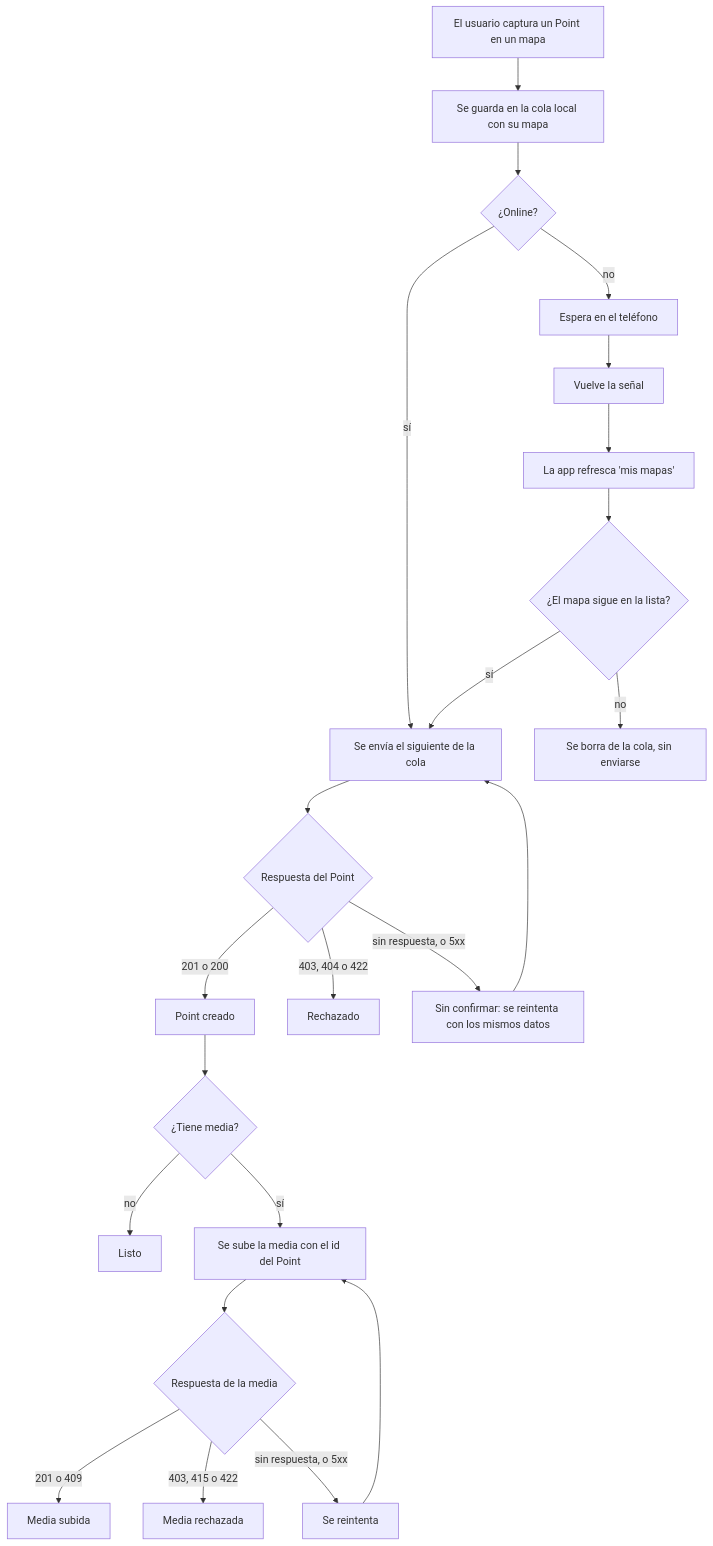
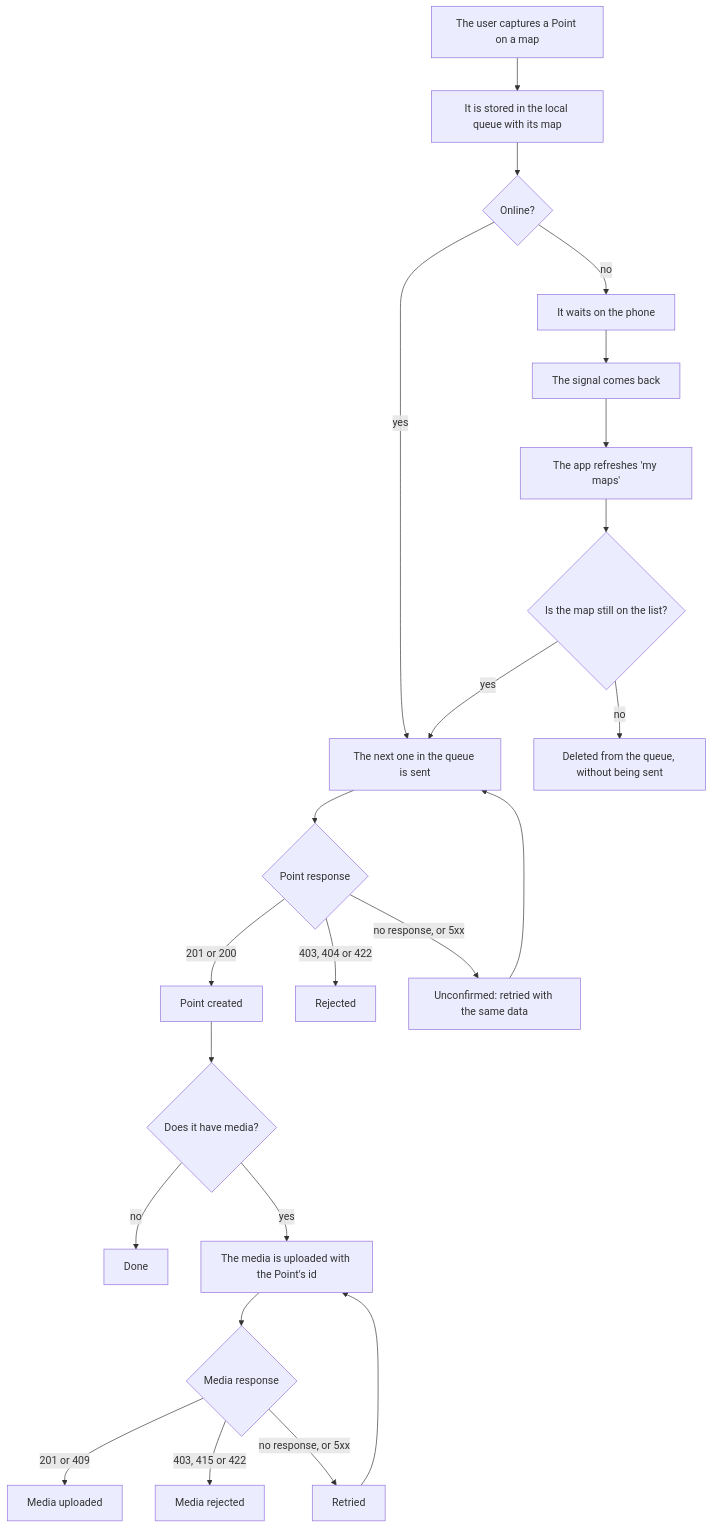
The third of 5 diagrams in docs/how-it-works/offline_contributions.md (hotosm/chatmap), drawn with Mermaid before and after one commit. The commit also changed other lines of this file and 8 other files, not shown here.

````diff
--- a/docs/how-it-works/offline_contributions.md
+++ b/docs/how-it-works/offline_contributions.md
@@ -129,25 +133,25 @@
 ```mermaid
 flowchart TD
-    A["El usuario captura un Point en un mapa"] --> C["Se guarda en la cola local con su mapa"]
-    C --> B{"¿Online?"}
-    B -->|"sí"| E["Se envía el siguiente de la cola"]
-    B -->|"no"| D["Espera en el teléfono"]
-    D --> F["Vuelve la señal"]
-    F --> G["La app refresca 'mis mapas'"]
-    G --> M{"¿El mapa sigue en la lista?"}
-    M -->|"no"| J["Se borra de la cola, sin enviarse"]
-    M -->|"sí"| E
-    E --> H{"Respuesta del Point"}
-    H -->|"201 o 200"| I["Point creado"]
-    H -->|"403, 404 o 422"| J2["Rechazado"]
-    H -->|"sin respuesta, o 5xx"| K["Sin confirmar: se reintenta con los mismos datos"]
+    A["The user captures a Point on a map"] --> C["It is stored in the local queue with its map"]
+    C --> B{"Online?"}
+    B -->|"yes"| E["The next one in the queue is sent"]
+    B -->|"no"| D["It waits on the phone"]
+    D --> F["The signal comes back"]
+    F --> G["The app refreshes 'my maps'"]
+    G --> M{"Is the map still on the list?"}
+    M -->|"no"| J["Deleted from the queue, without being sent"]
+    M -->|"yes"| E
+    E --> H{"Point response"}
+    H -->|"201 or 200"| I["Point created"]
+    H -->|"403, 404 or 422"| J2["Rejected"]
+    H -->|"no response, or 5xx"| K["Unconfirmed: retried with the same data"]
     K --> E
-    I --> N{"¿Tiene media?"}
-    N -->|"no"| Z["Listo"]
-    N -->|"sí"| P["Se sube la media con el id del Point"]
-    P --> Q{"Respuesta de la media"}
-    Q -->|"201 o 409"| R["Media subida"]
-    Q -->|"403, 415 o 422"| S["Media rechazada"]
-    Q -->|"sin respuesta, o 5xx"| T["Se reintenta"]
+    I --> N{"Does it have media?"}
+    N -->|"no"| Z["Done"]
+    N -->|"yes"| P["The media is uploaded with the Point's id"]
+    P --> Q{"Media response"}
+    Q -->|"201 or 409"| R["Media uploaded"]
+    Q -->|"403, 415 or 422"| S["Media rejected"]
+    Q -->|"no response, or 5xx"| T["Retried"]
     T --> P
 ```
````
